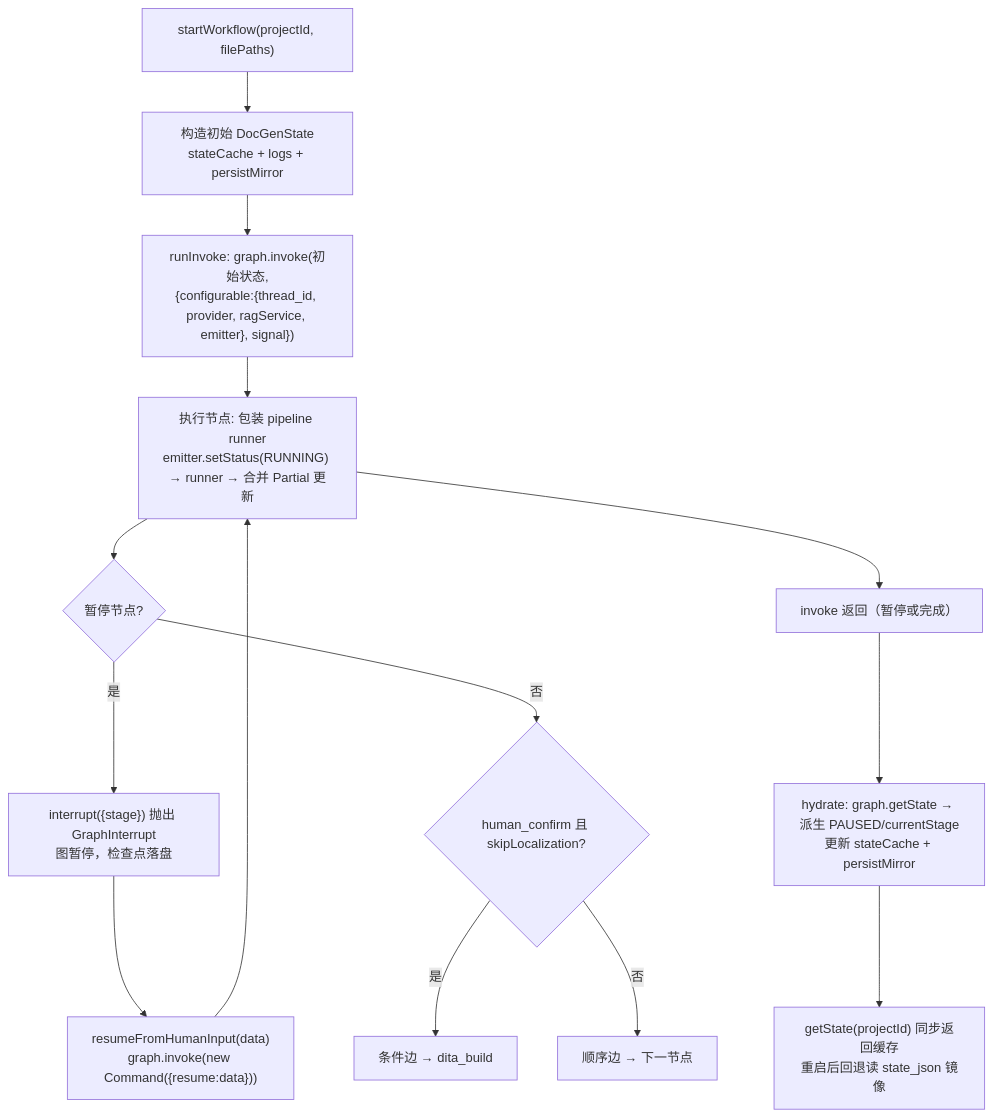
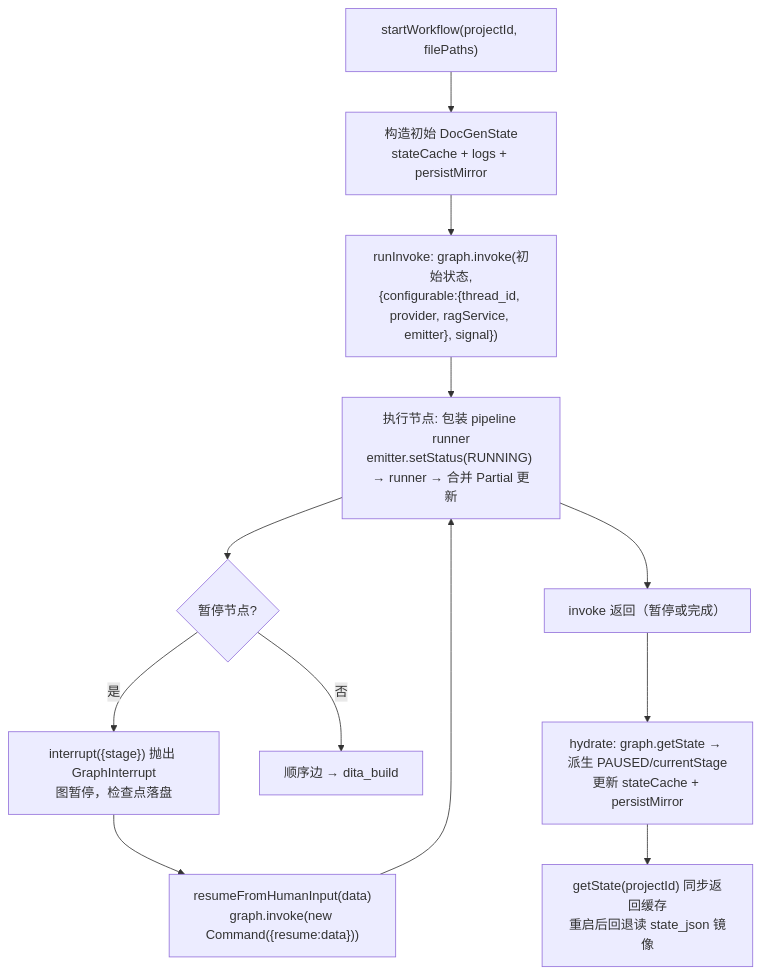
Before and after one commit to lazyloadbox/smart-tech-writter: the second of 3 diagrams in docs/architecture/03-workflow-engine.md, drawn with Mermaid. The commit also changed other lines of this file and 77 other files, not shown here.

````diff
--- a/docs/architecture/03-workflow-engine.md
+++ b/docs/architecture/03-workflow-engine.md
@@ -76,16 +68,14 @@
 ```mermaid
 flowchart TD
     A["startWorkflow(projectId, filePaths)"] --> B["构造初始 DocGenState<br/>stateCache + logs + persistMirror"]
     B --> C["runInvoke: graph.invoke(初始状态,<br/>{configurable:{thread_id, provider, ragService, emitter}, signal})"]
     C --> D["执行节点: 包装 pipeline runner<br/>emitter.setStatus(RUNNING) → runner → 合并 Partial 更新"]
     D --> E{"暂停节点?"}
     E -- 是 --> F["interrupt({stage}) 抛出 GraphInterrupt<br/>图暂停，检查点落盘"]
     F --> G["resumeFromHumanInput(data)<br/>graph.invoke(new Command({resume:data}))"]
     G --> D
-    E -- 否 --> H{"human_confirm 且 skipLocalization?"}
-    H -- 是 --> I["条件边 → dita_build"]
-    H -- 否 --> J["顺序边 → 下一节点"]
+    E -- 否 --> H["顺序边 → dita_build"]
     D --> K["invoke 返回（暂停或完成）"]
     K --> L["hydrate: graph.getState → 派生 PAUSED/currentStage<br/>更新 stateCache + persistMirror"]
     L --> M["getState(projectId) 同步返回缓存<br/>重启后回退读 state_json 镜像"]
 ```
````
